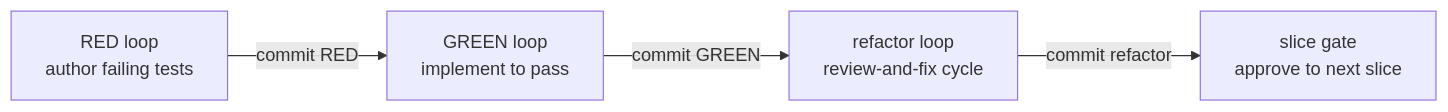
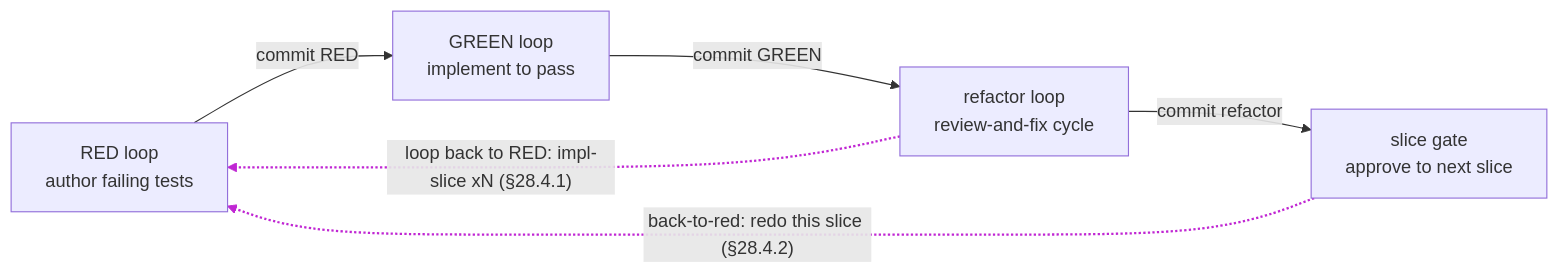
The second of 2 diagrams in docs/spec/28-the-full-tdd-development-process-a-chain-of-loops.md (dylanb/agent-terminal), drawn with Mermaid before and after one commit.

Commit message:
docs(§28.4): show the §28.4.1/§28.4.2 loop-back edges in the phase-as-a-loop diagram
The phase-as-a-loop Mermaid flowchart still depicted a strictly linear RED->GREEN->REFAC->GATE while this branch added §28.4.1's refactor loop-back to red and §28.4.2's back-to-red gate re-entry as prose in the same file. Add the two dashed backward edges, tinted via linkStyle so the added flow is legible. Parses under mermaid 11.15.0.

Round 1 integration-slice review fix (impl-review-diagrams).

Claude-Session: https://claude.ai/code/session_01L8eYk3e6u2UnwffM9vtDFX

````diff
--- a/docs/spec/28-the-full-tdd-development-process-a-chain-of-loops.md
+++ b/docs/spec/28-the-full-tdd-development-process-a-chain-of-loops.md
@@ -38,6 +38,9 @@
 ```mermaid
 flowchart LR
   RED["RED loop<br/>author failing tests"] -->|"commit RED"| GREEN["GREEN loop<br/>implement to pass"]
   GREEN -->|"commit GREEN"| REFAC["refactor loop<br/>review-and-fix cycle"]
   REFAC -->|"commit refactor"| GATE["slice gate<br/>approve to next slice"]
+  REFAC -.->|"loop back to RED: impl-slice xN (§28.4.1)"| RED
+  GATE -.->|"back-to-red: redo this slice (§28.4.2)"| RED
+  linkStyle 3,4 stroke:#c026d3,stroke-width:2px
 ```
````
